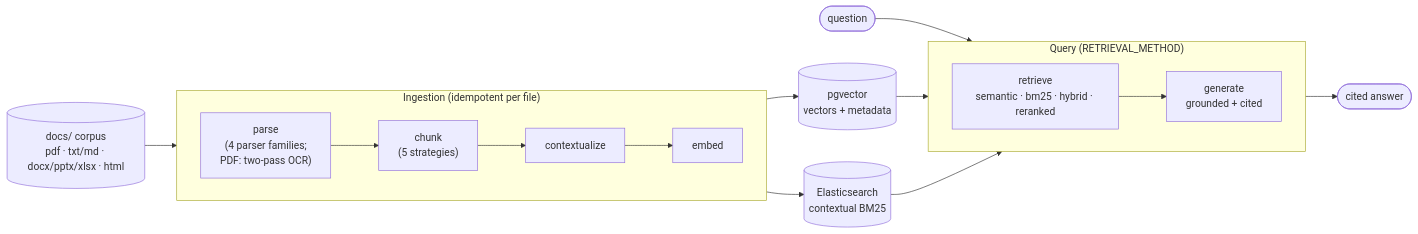
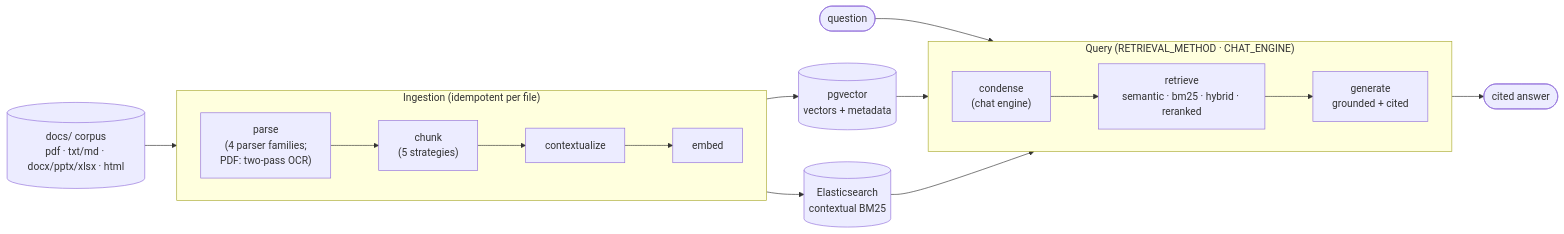
One commit to luisegarduno/varagity changed the second of 3 diagrams in golden-docs/architecture.md. Above: the diagram before and after it, drawn with Mermaid. The commit also changed other lines of this file and 15 other files, not shown here.

````diff
--- a/golden-docs/architecture.md
+++ b/golden-docs/architecture.md
@@ -153,23 +154,23 @@
 ```mermaid
 flowchart LR
     corpus[("docs/ corpus<br/>pdf · txt/md · docx/pptx/xlsx · html")]
 
     subgraph ingest["Ingestion (idempotent per file)"]
         direction LR
         parse["parse<br/>(4 parser families;<br/>PDF: two-pass OCR)"] --> chunk["chunk<br/>(5 strategies)"] --> ctx[contextualize] --> iembed[embed]
     end
 
     corpus --> parse
     iembed --> pg[("pgvector<br/>vectors + metadata")]
     iembed --> es[("Elasticsearch<br/>contextual BM25")]
 
-    subgraph query["Query (RETRIEVAL_METHOD)"]
+    subgraph query["Query (RETRIEVAL_METHOD · CHAT_ENGINE)"]
         direction LR
-        retrieve["retrieve<br/>semantic · bm25 · hybrid · reranked"] --> generate["generate<br/>grounded + cited"]
+        condense["condense<br/>(chat engine)"] --> retrieve["retrieve<br/>semantic · bm25 · hybrid · reranked"] --> generate["generate<br/>grounded + cited"]
     end
 
-    question(["question"]) --> retrieve
+    question(["question"]) --> condense
     pg --> retrieve
     es --> retrieve
     generate --> answer(["cited answer"])
 ```
````
